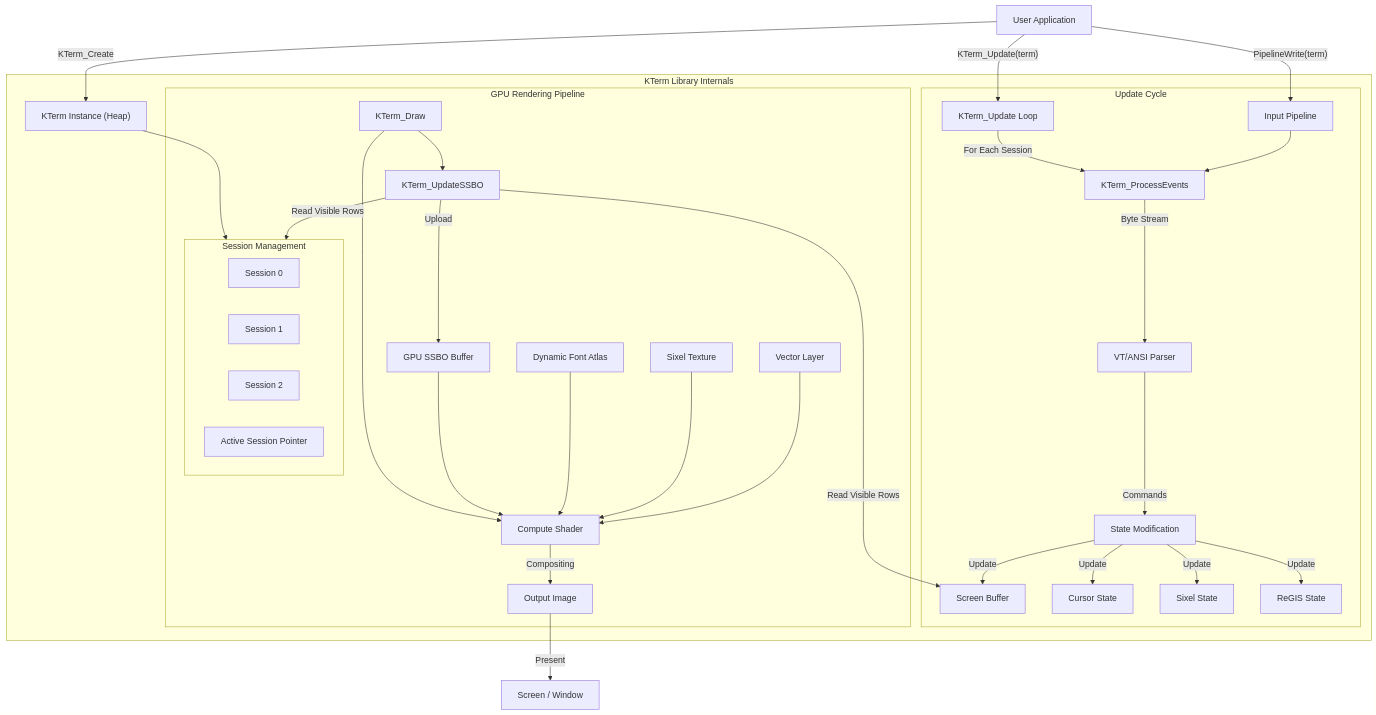
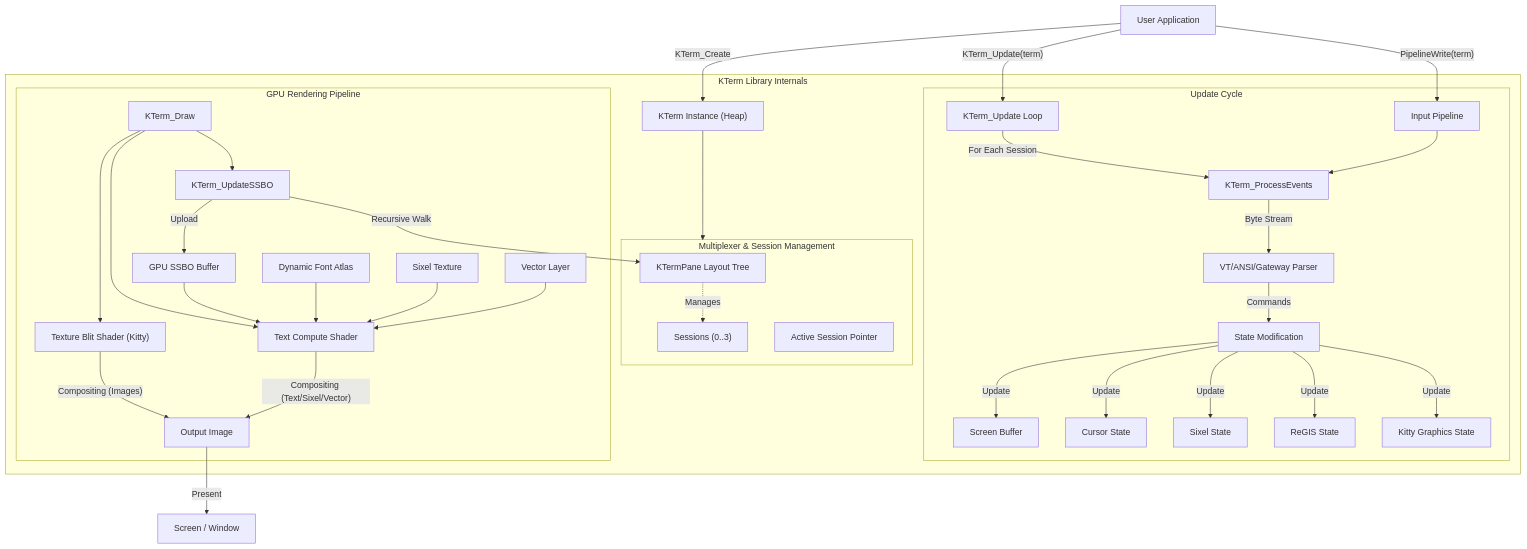
Before and after one commit to jmorel33/terminal: the diagram in README.md, drawn with Mermaid.

Commit message:
Update README.md Mermaid diagram for v2.2.6
Updated the architectural diagram to reflect the Multiplexer/Layout Tree, Kitty Graphics state, and Gateway Parser.

````diff
--- a/README.md
+++ b/README.md
@@ -136,56 +136,61 @@
 ```mermaid
 graph TD
     UserApp["User Application"] -->|"KTerm_Create"| TerminalInstance
     UserApp -->|"KTerm_Update(term)"| UpdateLoop
     UserApp -->|"PipelineWrite(term)"| InputBuffer
 
     subgraph Terminal_Internals ["KTerm Library Internals"]
         TerminalInstance["KTerm Instance (Heap)"]
 
-        subgraph Sessions ["Session Management"]
-            Session0["Session 0"]
-            Session1["Session 1"]
-            Session2["Session 2"]
+        subgraph Layout_System ["Multiplexer & Session Management"]
+            LayoutTree["KTermPane Layout Tree"]
+            Sessions["Sessions (0..3)"]
             ActiveSession["Active Session Pointer"]
+
+            LayoutTree -.->|"Manages"| Sessions
         end
 
-        TerminalInstance --> Sessions
+        TerminalInstance --> Layout_System
 
         subgraph Update_Cycle ["Update Cycle"]
             UpdateLoop["KTerm_Update Loop"]
             InputProc["KTerm_ProcessEvents"]
-            Parser["VT/ANSI Parser"]
+            Parser["VT/ANSI/Gateway Parser"]
             StateMod["State Modification"]
 
             UpdateLoop -->|"For Each Session"| InputProc
             InputBuffer["Input Pipeline"] --> InputProc
             InputProc -->|"Byte Stream"| Parser
             Parser -->|"Commands"| StateMod
             StateMod -->|"Update"| ScreenGrid["Screen Buffer"]
             StateMod -->|"Update"| Cursor["Cursor State"]
             StateMod -->|"Update"| Sixel["Sixel State"]
             StateMod -->|"Update"| ReGIS["ReGIS State"]
+            StateMod -->|"Update"| Kitty["Kitty Graphics State"]
         end
 
         subgraph Rendering_Pipeline ["GPU Rendering Pipeline"]
             DrawCall["KTerm_Draw"]
             SSBO_Upload["KTerm_UpdateSSBO"]
-            Compute["Compute Shader"]
+            Compute["Text Compute Shader"]
+            TextureBlit["Texture Blit Shader (Kitty)"]
 
             DrawCall --> SSBO_Upload
-            SSBO_Upload -->|"Read Visible Rows"| ScreenGrid
-            SSBO_Upload -->|"Read Visible Rows"| Sessions
+            SSBO_Upload -->|"Recursive Walk"| LayoutTree
             SSBO_Upload -->|"Upload"| GPU_SSBO["GPU SSBO Buffer"]
 
+            DrawCall --> TextureBlit
             DrawCall --> Compute
+
             GPU_SSBO --> Compute
             FontTex["Dynamic Font Atlas"] --> Compute
             SixelTex["Sixel Texture"] --> Compute
             VectorTex["Vector Layer"] --> Compute
 
-            Compute -->|"Compositing"| OutputImage["Output Image"]
+            TextureBlit -->|"Compositing (Images)"| OutputImage["Output Image"]
+            Compute -->|"Compositing (Text/Sixel/Vector)"| OutputImage
         end
     end
 
     OutputImage -->|"Present"| Screen["Screen / Window"]
 ```
````
